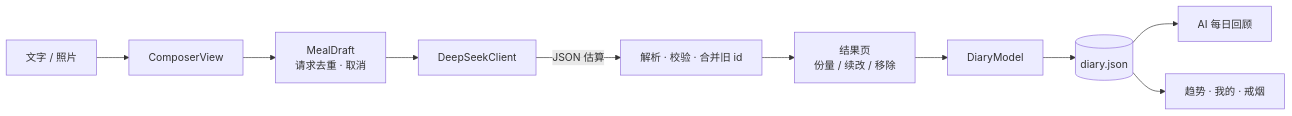
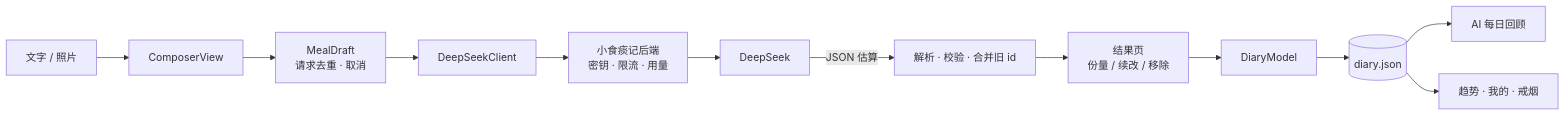
The diagram in README.md (xaiojie/xiaoshitanji), drawn with Mermaid before and after one commit. The commit also changed other lines of this file and 49 other files, not shown here.

````diff
--- a/README.md
+++ b/README.md
@@ -298,12 +294,14 @@
 ```mermaid
 flowchart LR
     A["文字 / 照片"] --> B["ComposerView"]
     B --> C["MealDraft<br/>请求去重 · 取消"]
     C --> D["DeepSeekClient"]
-    D -->|"JSON 估算"| E["解析 · 校验 · 合并旧 id"]
+    D --> K["小食痰记后端<br/>密钥 · 限流 · 用量"]
+    K --> L["DeepSeek"]
+    L -->|"JSON 估算"| E["解析 · 校验 · 合并旧 id"]
     E --> F["结果页<br/>份量 / 续改 / 移除"]
     F --> G["DiaryModel"]
     G --> H[("diary.json")]
     H --> I["AI 每日回顾"]
     H --> J["趋势 · 我的 · 戒烟"]
 ```
````
